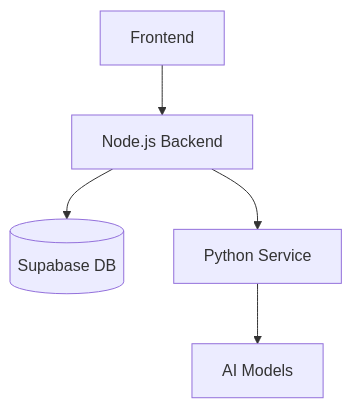
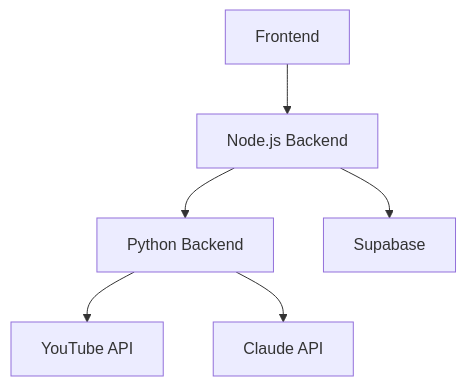
Before and after one commit to J3r3my97/simple-transcribe: the diagram in memory-bank/systemPatterns.md, drawn with Mermaid. The commit also changed other lines of this file and 4 other files, not shown here.

````diff
--- a/memory-bank/systemPatterns.md
+++ b/memory-bank/systemPatterns.md
@@ -4,7 +4,8 @@
 ```mermaid
 graph TD
-    FE[Frontend] --> BE[Node.js Backend]
-    BE --> DB[(Supabase DB)]
-    BE --> PS[Python Service]
-    PS --> AI[AI Models]
+    A[Frontend] --> B[Node.js Backend]
+    B --> C[Python Backend]
+    B --> D[Supabase]
+    C --> E[YouTube API]
+    C --> F[Claude API]
 ```
````
